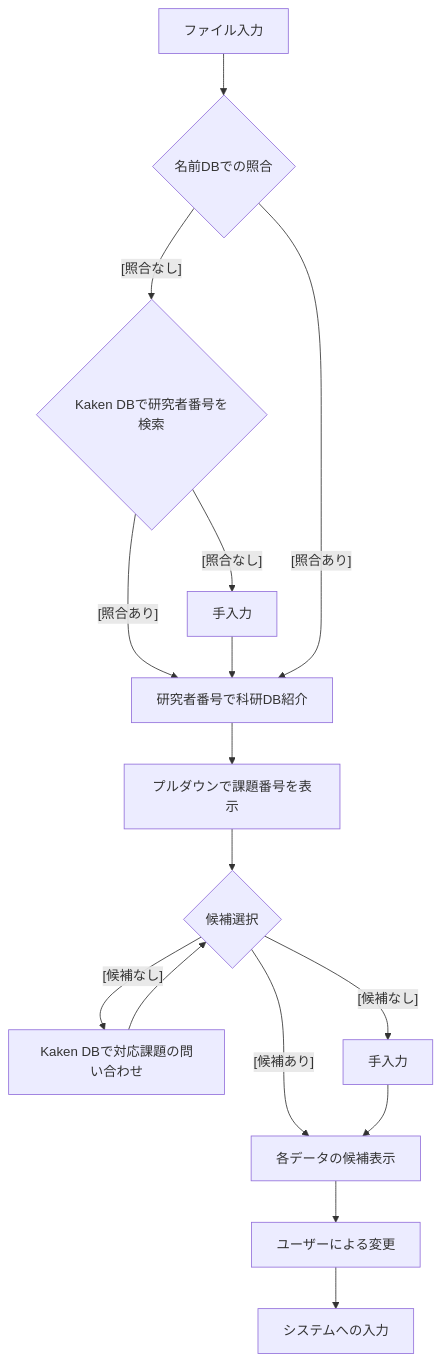
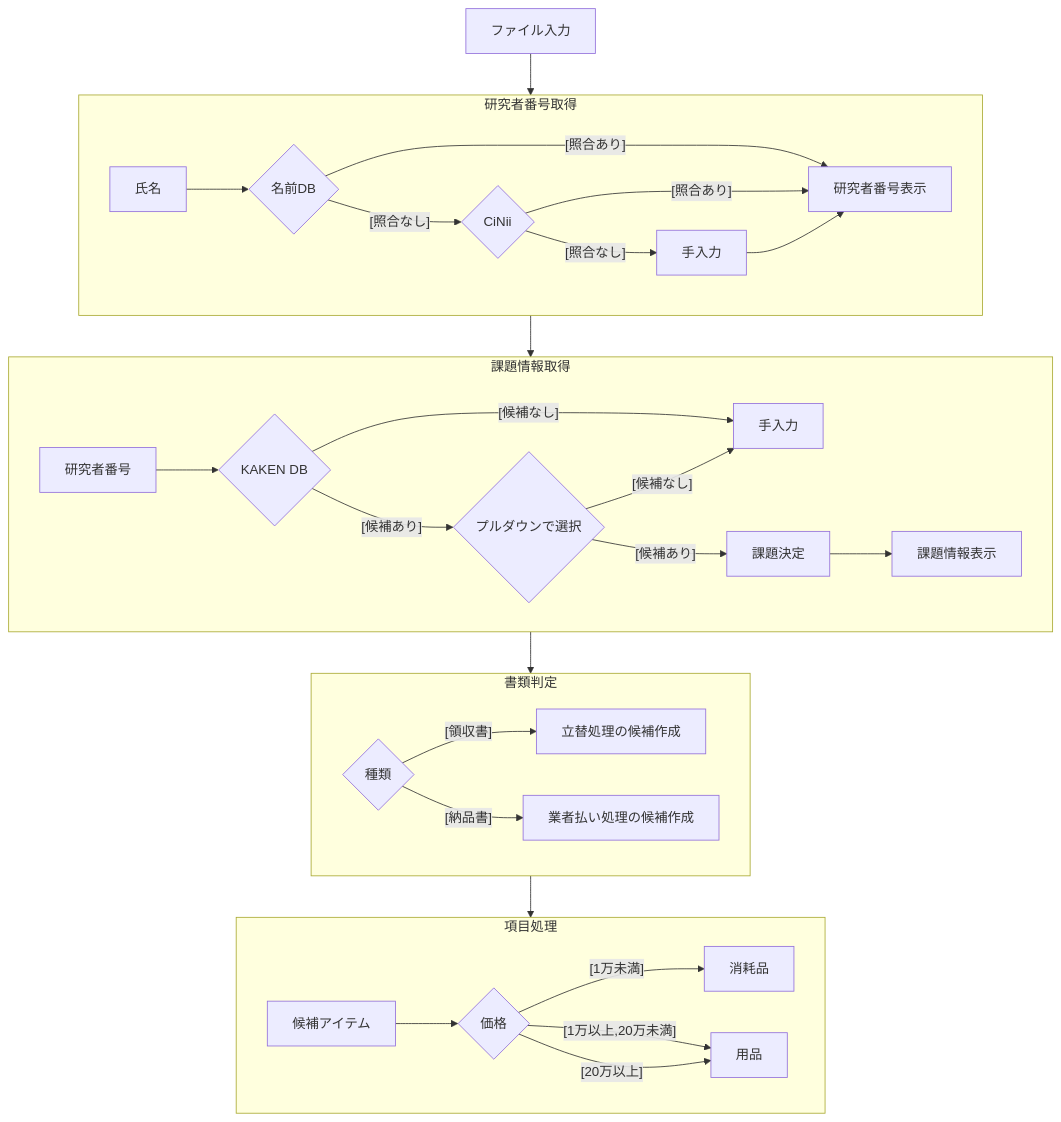
The diagram in README.md (junta-m/Automated_Processing_of_Research_Supplies), drawn with Mermaid before and after one commit. The commit also changed other lines of this file and 1 other file, not shown here.

Commit message:
db仮置き

````diff
--- a/README.md
+++ b/README.md
@@ -16,26 +19,42 @@
 ```mermaid
 graph TD;
-	A[ファイル入力]
-	B{名前DBでの照合}
-	A-->B;
-	B--[照合なし]-->BB{Kaken DBで研究者番号を検索}
-	BB--[照合あり]--> C;
-	BB--[照合なし]--> BBB[手入力];
-	BBB-->C;
-	B--[照合あり]--> C;
-	C[研究者番号で科研DB紹介]
-	C --> D;
-	D[プルダウンで課題番号を表示]
-	D --> E;
-	E{候補選択};
-	E --[候補なし]--> EE[Kaken DBで対応課題の問い合わせ];
-	EE --> E;
-	E --[候補なし]--> FF[手入力];
-	E --[候補あり]--> F;
-	FF --> F;
-	F[各データの候補表示]
-	F --> G;
-	G[ユーザーによる変更]
-	G-->H;
-	H[システムへの入力]
+	ファイル入力-->研究者番号取得;
+
+	subgraph 研究者番号取得
+		氏名
+		氏名-->名前DB{名前DB};
+		名前DB--[照合なし]-->Cinii{CiNii};
+		Cinii--[照合なし]-->H[手入力];
+		名前DB--[照合あり]-->研究者番号表示;
+		Cinii--[照合あり]-->研究者番号表示;
+		H-->研究者番号表示;
+	end
+
+	研究者番号取得-->課題情報取得
+
+	subgraph 課題情報取得
+		研究者番号-->KAKEN{KAKEN DB};
+		KAKEN --[候補なし]-->H2[手入力];
+		KAKEN --[候補あり]-->P{プルダウンで選択};
+		P --[候補なし]-->H2;
+		P --[候補あり]-->課題決定;
+		課題決定-->課題情報表示
+	end
+
+	課題情報取得 --> 書類判定;
+
+	subgraph 書類判定
+	書類{種類};
+	書類 --[領収書]--> 立替処理の候補作成;
+	書類 --[納品書]--> 業者払い処理の候補作成;
+	end
+
+	書類判定 --> 項目処理;
+
+	subgraph 項目処理
+		候補アイテム --> 価格{価格};
+		価格 --[1万未満]--> 消耗品;
+		価格 --[1万以上,20万未満]--> 用品;
+		価格 --[20万以上]--> 用品;
+	end
 ```
````
